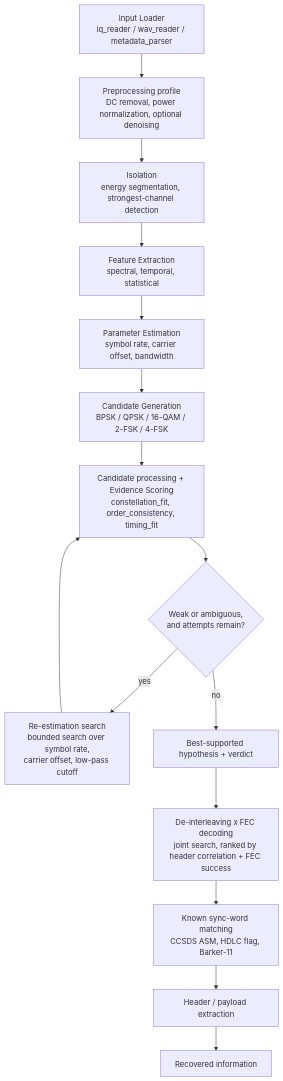
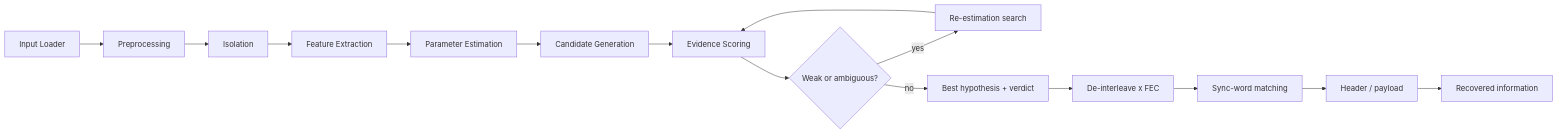
Before and after one commit to Akhil-0911/SigIQ: the second of 3 diagrams in README.md, drawn with Mermaid. The commit also changed other lines of this file, not shown here.

First line of the commit message:
Make README flowcharts compact (left-to-right, short labels)

````diff
--- a/README.md
+++ b/README.md
@@ -102,17 +102,17 @@
 ```mermaid
-flowchart TD
-    L["Input Loader<br/>iq_reader / wav_reader / metadata_parser"] --> P["Preprocessing profile<br/>DC removal, power normalization, optional denoising"]
-    P --> I["Isolation<br/>energy segmentation, strongest-channel detection"]
-    I --> F["Feature Extraction<br/>spectral, temporal, statistical"]
-    F --> E["Parameter Estimation<br/>symbol rate, carrier offset, bandwidth"]
-    E --> G["Candidate Generation<br/>BPSK / QPSK / 16-QAM / 2-FSK / 4-FSK"]
-    G --> S["Candidate processing + Evidence Scoring<br/>constellation_fit, order_consistency, timing_fit"]
-    S --> W{"Weak or ambiguous,<br/>and attempts remain?"}
-    W -- yes --> R["Re-estimation search<br/>bounded search over symbol rate,<br/>carrier offset, low-pass cutoff"]
+flowchart LR
+    L[Input Loader] --> P[Preprocessing]
+    P --> I[Isolation]
+    I --> F[Feature Extraction]
+    F --> E[Parameter Estimation]
+    E --> G[Candidate Generation]
+    G --> S[Evidence Scoring]
+    S --> W{Weak or ambiguous?}
+    W -- yes --> R[Re-estimation search]
     R --> S
-    W -- no --> V["Best-supported hypothesis + verdict"]
-    V --> D["De-interleaving x FEC decoding<br/>joint search, ranked by header correlation + FEC success"]
-    D --> H["Known sync-word matching<br/>CCSDS ASM, HDLC flag, Barker-11"]
-    H --> PL["Header / payload extraction"]
-    PL --> RI["Recovered information"]
+    W -- no --> V[Best hypothesis + verdict]
+    V --> D[De-interleave x FEC]
+    D --> H[Sync-word matching]
+    H --> PL[Header / payload]
+    PL --> RI[Recovered information]
 ```
````
